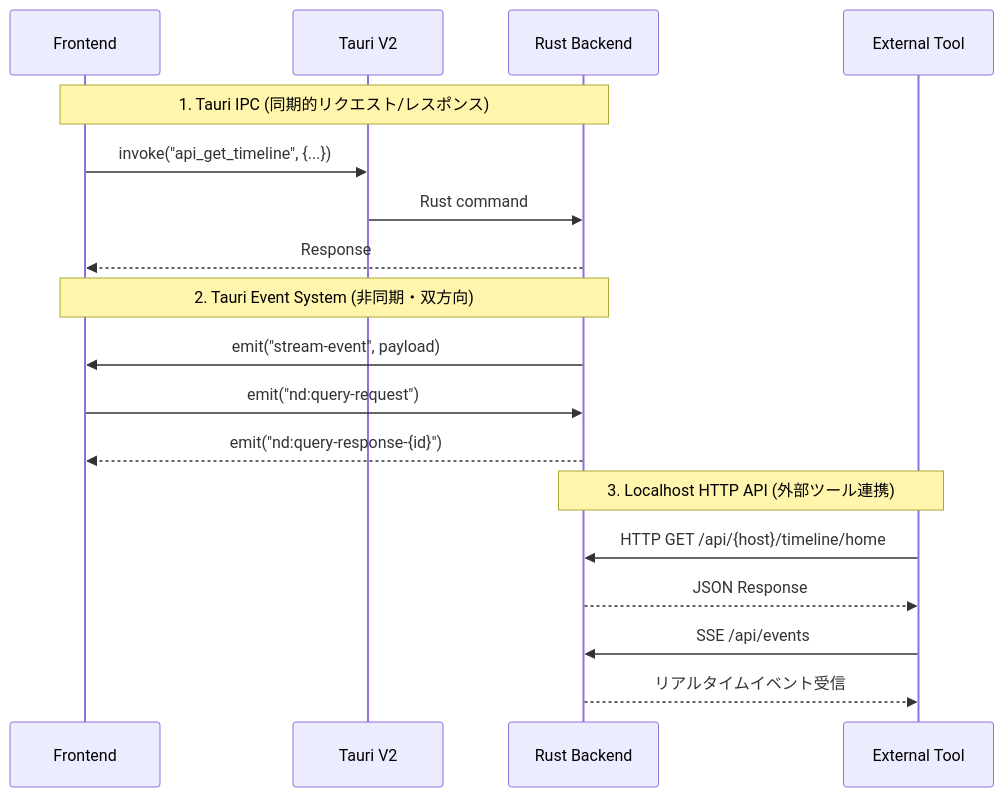
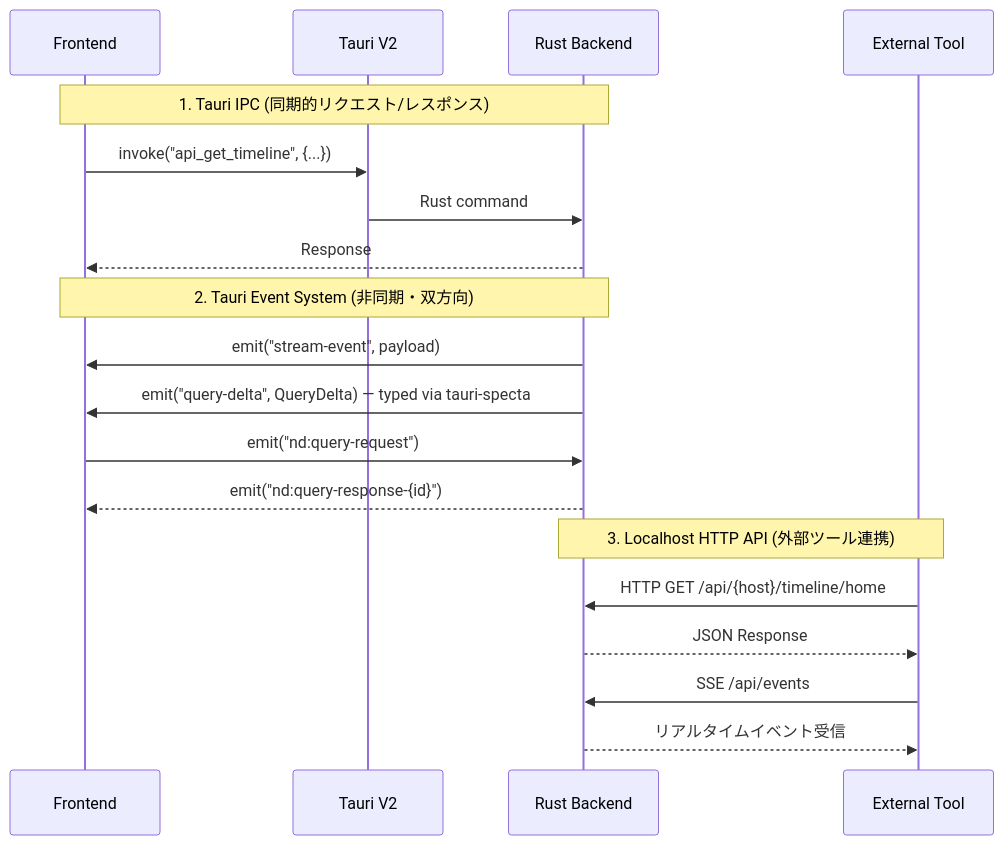
Before and after one commit to hitalin/notedeck: the second of 7 diagrams in ARCHITECTURE.md, drawn with Mermaid. The commit also changed other lines of this file, not shown here.

First line of the commit message:
docs: reflect Rust Query Runtime + suspend/resume in ARCHITECTURE

````diff
--- a/ARCHITECTURE.md
+++ b/ARCHITECTURE.md
@@ -69,23 +70,24 @@
 ```mermaid
 sequenceDiagram
     participant FE as Frontend
     participant Tauri as Tauri V2
     participant RS as Rust Backend
     participant Ext as External Tool
 
     Note over FE,RS: 1. Tauri IPC (同期的リクエスト/レスポンス)
     FE->>Tauri: invoke("api_get_timeline", {...})
     Tauri->>RS: Rust command
     RS-->>FE: Response
 
     Note over FE,RS: 2. Tauri Event System (非同期・双方向)
     RS->>FE: emit("stream-event", payload)
+    RS->>FE: emit("query-delta", QueryDelta) — typed via tauri-specta
     FE->>RS: emit("nd:query-request")
     RS-->>FE: emit("nd:query-response-{id}")
 
     Note over Ext,RS: 3. Localhost HTTP API (外部ツール連携)
     Ext->>RS: HTTP GET /api/{host}/timeline/home
     RS-->>Ext: JSON Response
     Ext->>RS: SSE /api/events
     RS-->>Ext: リアルタイムイベント受信
 ```
````
